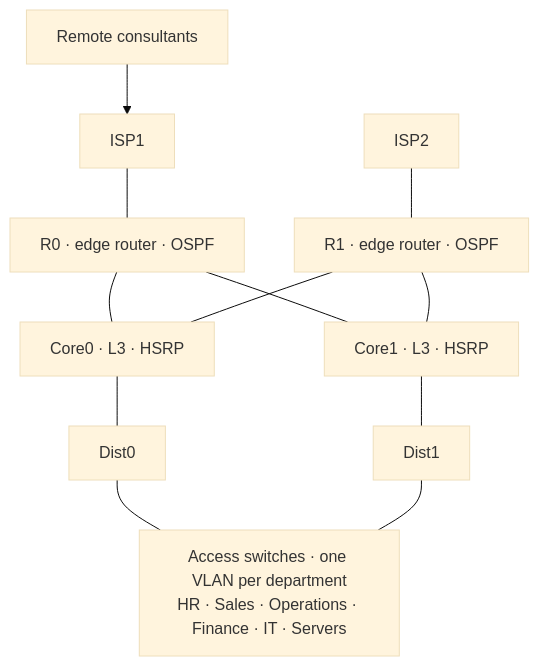
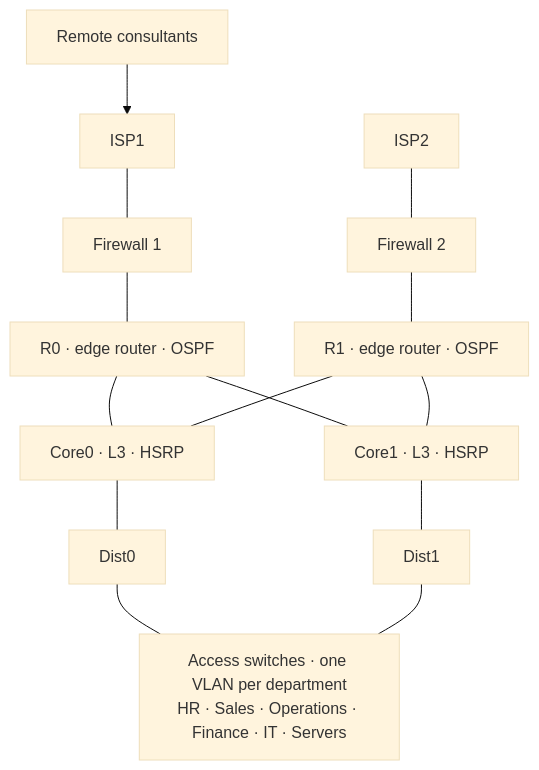
Before and after one commit to misteralva/misteralva: the diagram in README.md, drawn with Mermaid (base theme). The commit also changed other lines of this file, not shown here.

````diff
--- a/README.md
+++ b/README.md
@@ -158,15 +158,17 @@
 ```mermaid
 flowchart TB
     CONS["Remote consultants"] --> ISP1["ISP1"]
-    ISP1 --- R0["R0 · edge router · OSPF"]
-    ISP2["ISP2"] --- R1["R1 · edge router · OSPF"]
+    ISP1 --- FW1["Firewall 1"]
+    ISP2["ISP2"] --- FW2["Firewall 2"]
+    FW1 --- R0["R0 · edge router · OSPF"]
+    FW2 --- R1["R1 · edge router · OSPF"]
     R0 --- C0["Core0 · L3 · HSRP"]
     R0 --- C1["Core1 · L3 · HSRP"]
     R1 --- C0
     R1 --- C1
     C0 --- D0["Dist0"]
     C1 --- D1["Dist1"]
     D0 --- ACC
     D1 --- ACC
     ACC["Access switches · one VLAN per department<br/>HR · Sales · Operations · Finance · IT · Servers"]
 ```
````
